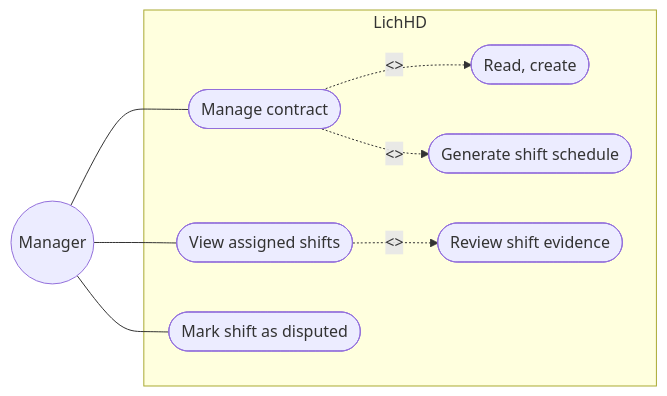
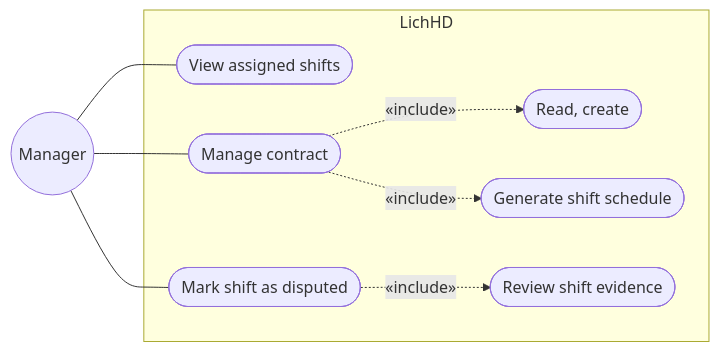
One commit to dDxCg/contrack changed the third of 16 diagrams in docs/02-design-analysis.md. Above: the diagram before and after it, drawn with Mermaid. The commit also changed other lines of this file and 2 other files, not shown here.

Commit message:
docs: diagrams minor modified

````diff
--- a/docs/02-design-analysis.md
+++ b/docs/02-design-analysis.md
@@ -88,21 +88,21 @@
 ```mermaid
 flowchart LR
     Manager((Manager))
 
     subgraph Boundary["LichHD"]
         UC6([View assigned shifts])
         UC9([Manage contract])
         UC9P(["Read, create"])
         UC17([Generate shift schedule])
         UC19([Review shift evidence])
         UC10([Mark shift as disputed])
     end
 
     Manager --- UC6
     Manager --- UC9
     Manager --- UC10
 
-    UC9 -.->|"<<Include>>"| UC9P
-    UC9 -.->|"<<Include>>"| UC17
-    UC6 -.->|"<<Include>>"| UC19
+    UC9 -.->|"&laquo;include&raquo;"| UC9P
+    UC9 -.->|"&laquo;include&raquo;"| UC17
+    UC10 -.->|"&laquo;include&raquo;"| UC19
 ```
````
